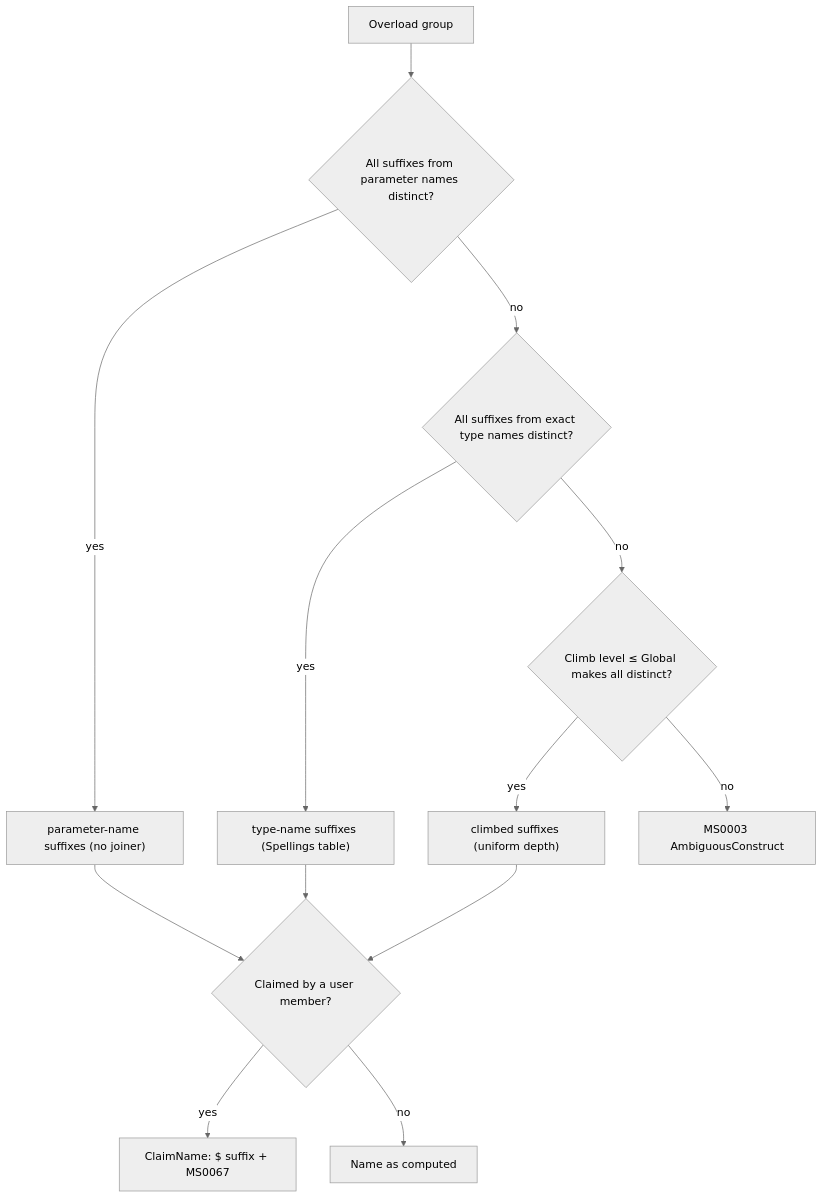
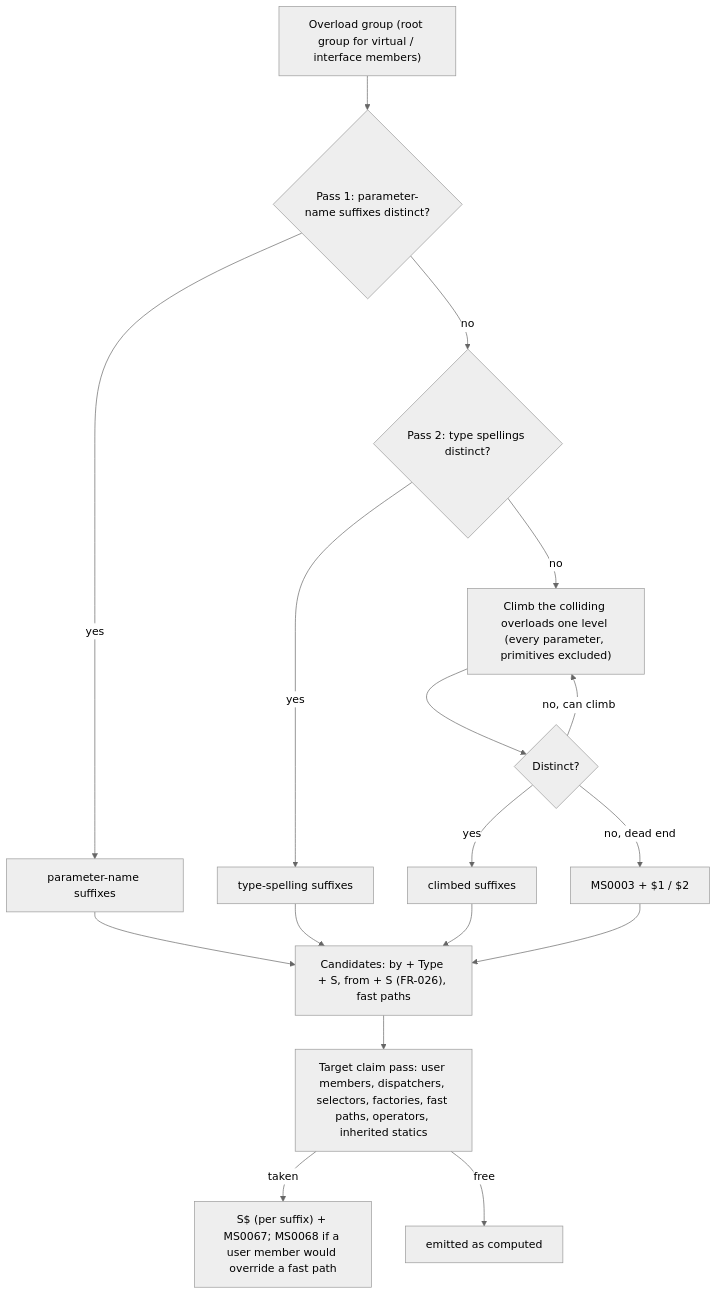
The diagram in specs/013-overload-factories/data-model.md (danfma/metano), drawn with Mermaid (neutral theme) before and after one commit. The commit also changed other lines of this file and 16 other files, not shown here.

First line of the commit message:
docs: revise the overload factories spec after review (#25)

````diff
--- a/specs/013-overload-factories/data-model.md
+++ b/specs/013-overload-factories/data-model.md
@@ -91,15 +134,19 @@
 ```mermaid
 flowchart TD
-  A[Overload group] --> B{"All suffixes from parameter names distinct?"}
-  B -- yes --> P["parameter-name suffixes (no joiner)"]
-  B -- no --> C{"All suffixes from exact type names distinct?"}
-  C -- yes --> T["type-name suffixes (Spellings table)"]
-  C -- no --> D{"Climb level ≤ Global makes all distinct?"}
-  D -- yes --> L["climbed suffixes (uniform depth)"]
-  D -- no --> E["MS0003 AmbiguousConstruct"]
-  P --> F{"Claimed by a user member?"}
+  A["Overload group (root group for virtual / interface members)"] --> B{"Pass 1: parameter-name suffixes distinct?"}
+  B -- yes --> P["parameter-name suffixes"]
+  B -- no --> C{"Pass 2: type spellings distinct?"}
+  C -- yes --> T["type-spelling suffixes"]
+  C -- no --> D["Climb the colliding overloads one level (every parameter, primitives excluded)"]
+  D --> E{"Distinct?"}
+  E -- yes --> L["climbed suffixes"]
+  E -- "no, can climb" --> D
+  E -- "no, dead end" --> X["MS0003 + $1 / $2"]
+  P --> F["Candidates: by + Type + S, from + S (FR-026), fast paths"]
   T --> F
   L --> F
-  F -- yes --> G["ClaimName: $ suffix + MS0067"]
-  F -- no --> H["Name as computed"]
+  X --> F
+  F --> G["Target claim pass: user members, dispatchers, selectors, factories, fast paths, operators, inherited statics"]
+  G -- "taken" --> H["S$ (per suffix) + MS0067; MS0068 if a user member would override a fast path"]
+  G -- "free" --> I["emitted as computed"]
 ```
````
